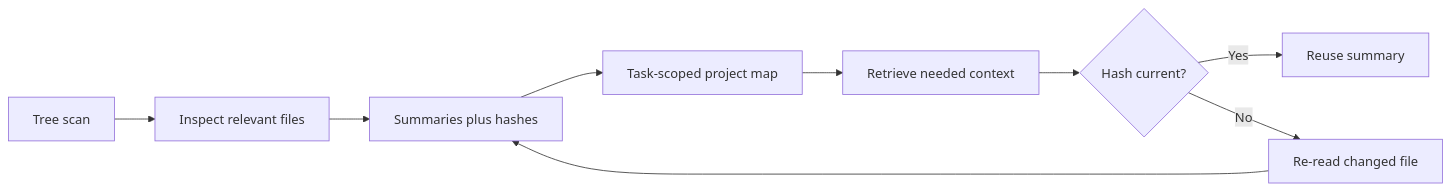
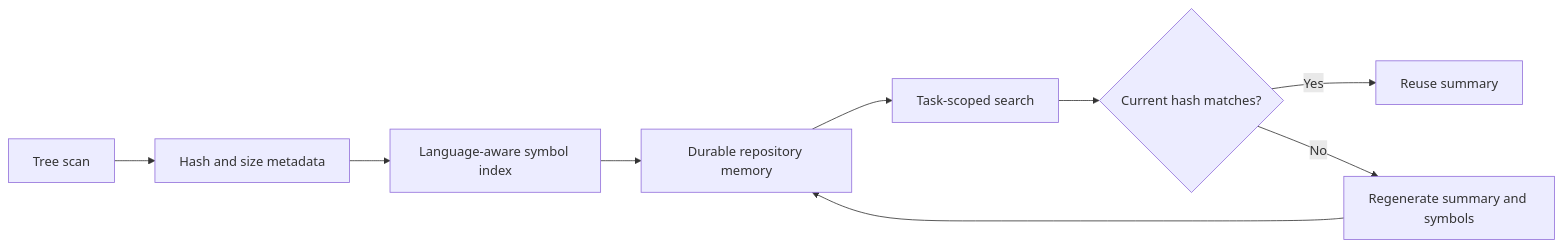
The diagram in docs/project-memory.md (NotY215/AIFIAR), drawn with Mermaid before and after one commit. The commit also changed other lines of this file, not shown here.

Commit message:
Document durable repository memory and freshness behavior

````diff
--- a/docs/project-memory.md
+++ b/docs/project-memory.md
@@ -5,11 +5,11 @@
 ```mermaid
 flowchart LR
- T[Tree scan] --> F[Inspect relevant files]
- F --> S[Summaries plus hashes]
- S --> M[Task-scoped project map]
- M --> Q[Retrieve needed context]
- Q --> C{Hash current?}
+ T[Tree scan] --> H[Hash and size metadata]
+ H --> S[Language-aware symbol index]
+ S --> M[Durable repository memory]
+ M --> Q[Task-scoped search]
+ Q --> C{Current hash matches?}
  C -->|Yes| U[Reuse summary]
- C -->|No| R[Re-read changed file]
- R --> S
+ C -->|No| R[Regenerate summary and symbols]
+ R --> M
 ```
````
